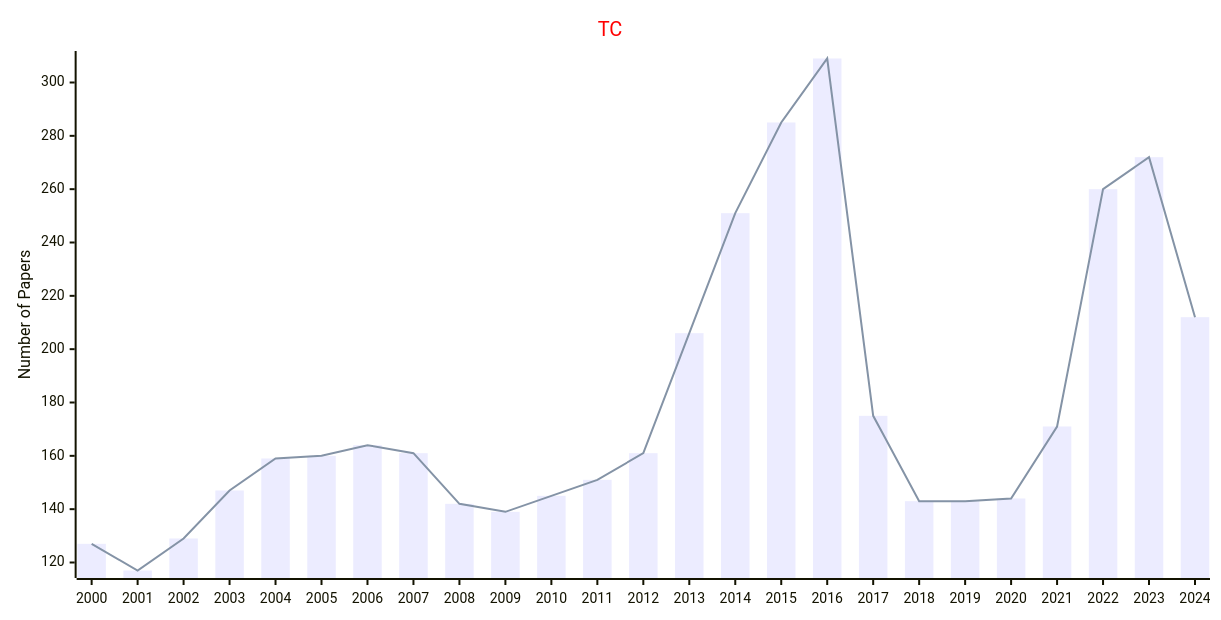
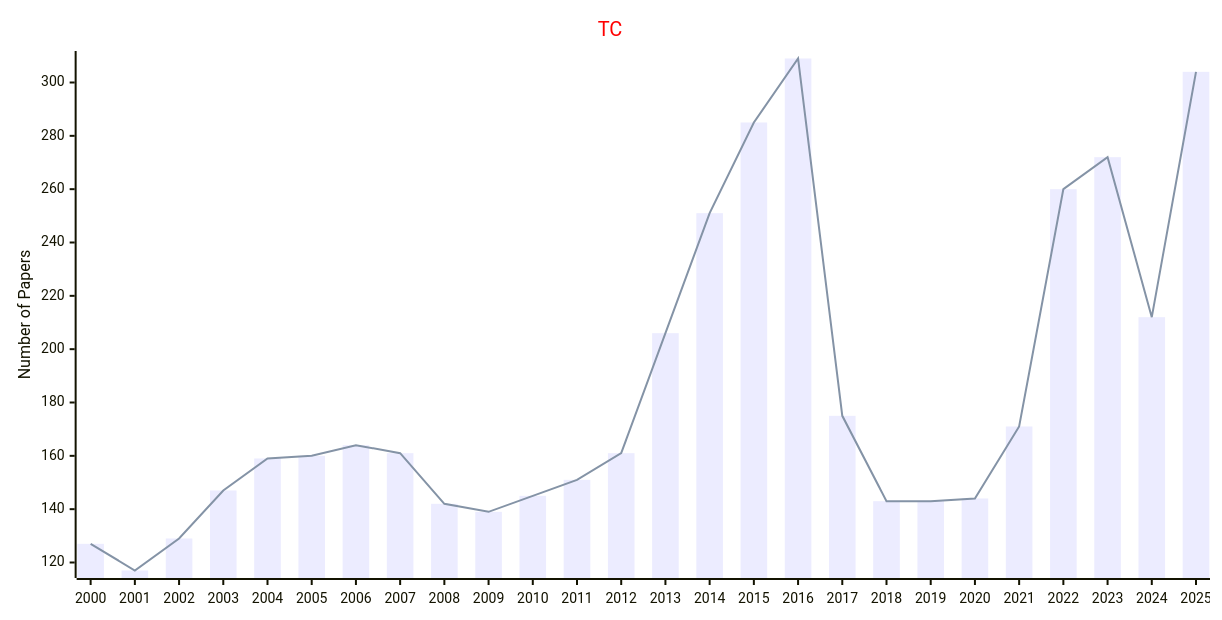
The third of 4 diagrams in docs/data/Journals/Statistics_Journals/Computational_Science.md (Easy-PhD/AILinks), drawn with Mermaid before and after one commit. The commit also changed other lines of this file and 107 other files, not shown here.

````diff
--- a/docs/data/Journals/Statistics_Journals/Computational_Science.md
+++ b/docs/data/Journals/Statistics_Journals/Computational_Science.md
@@ -57,17 +57,17 @@
 ```mermaid
 ---
 config:
     xyChart:
         width: 1200
         height: 600
     themeVariables:
         xyChart:
             titleColor: "#ff0000"
 ---
 xychart-beta
     title "TC"
-    x-axis [2000, 2001, 2002, 2003, 2004, 2005, 2006, 2007, 2008, 2009, 2010, 2011, 2012, 2013, 2014, 2015, 2016, 2017, 2018, 2019, 2020, 2021, 2022, 2023, 2024]
+    x-axis [2000, 2001, 2002, 2003, 2004, 2005, 2006, 2007, 2008, 2009, 2010, 2011, 2012, 2013, 2014, 2015, 2016, 2017, 2018, 2019, 2020, 2021, 2022, 2023, 2024, 2025]
     y-axis "Number of Papers"
-    bar [127, 117, 129, 147, 159, 160, 164, 161, 142, 139, 145, 151, 161, 206, 251, 285, 309, 175, 143, 143, 144, 171, 260, 272, 212]
-    line [127, 117, 129, 147, 159, 160, 164, 161, 142, 139, 145, 151, 161, 206, 251, 285, 309, 175, 143, 143, 144, 171, 260, 272, 212]
+    bar [127, 117, 129, 147, 159, 160, 164, 161, 142, 139, 145, 151, 161, 206, 251, 285, 309, 175, 143, 143, 144, 171, 260, 272, 212, 304]
+    line [127, 117, 129, 147, 159, 160, 164, 161, 142, 139, 145, 151, 161, 206, 251, 285, 309, 175, 143, 143, 144, 171, 260, 272, 212, 304]
 ```
````
